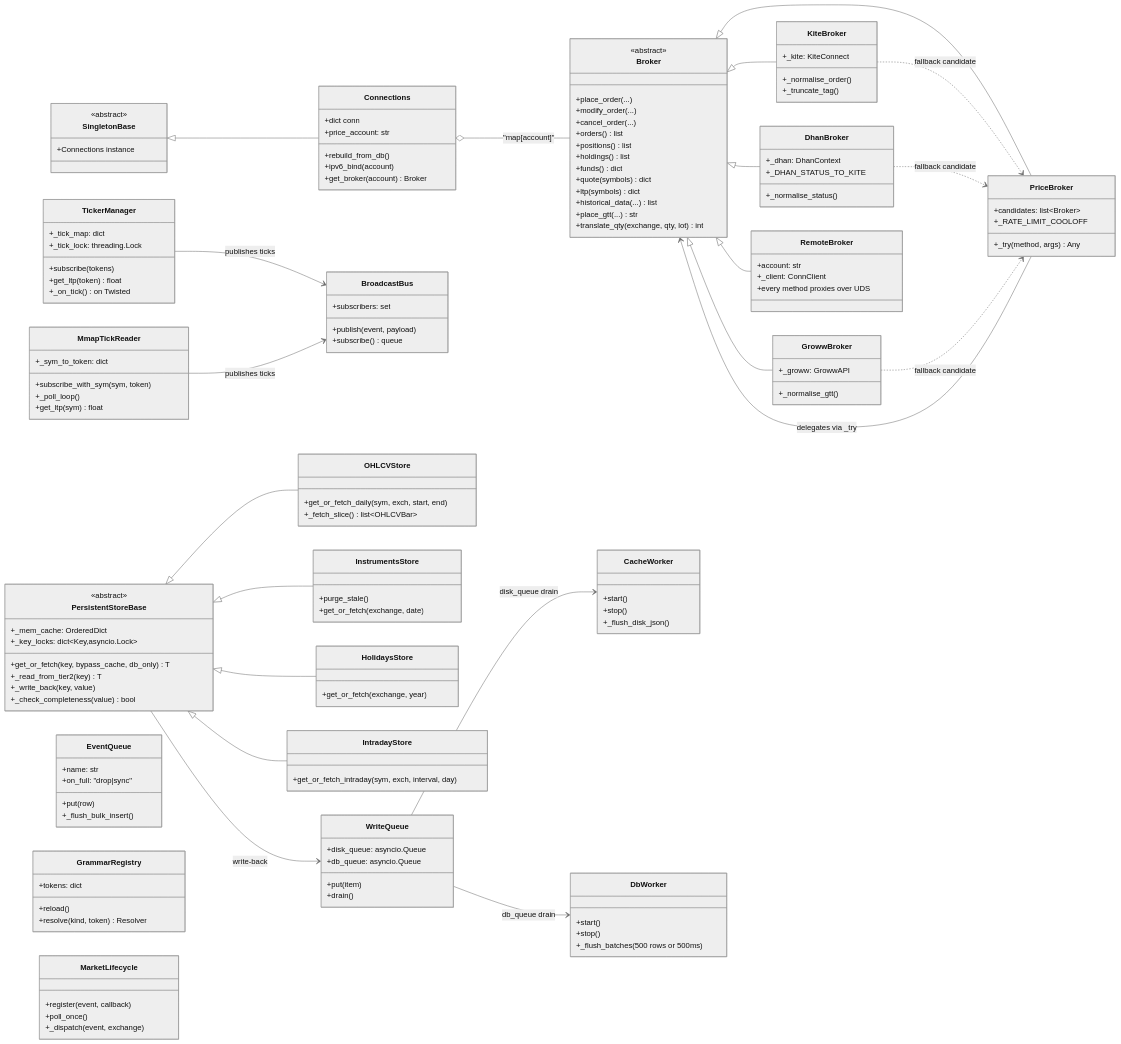
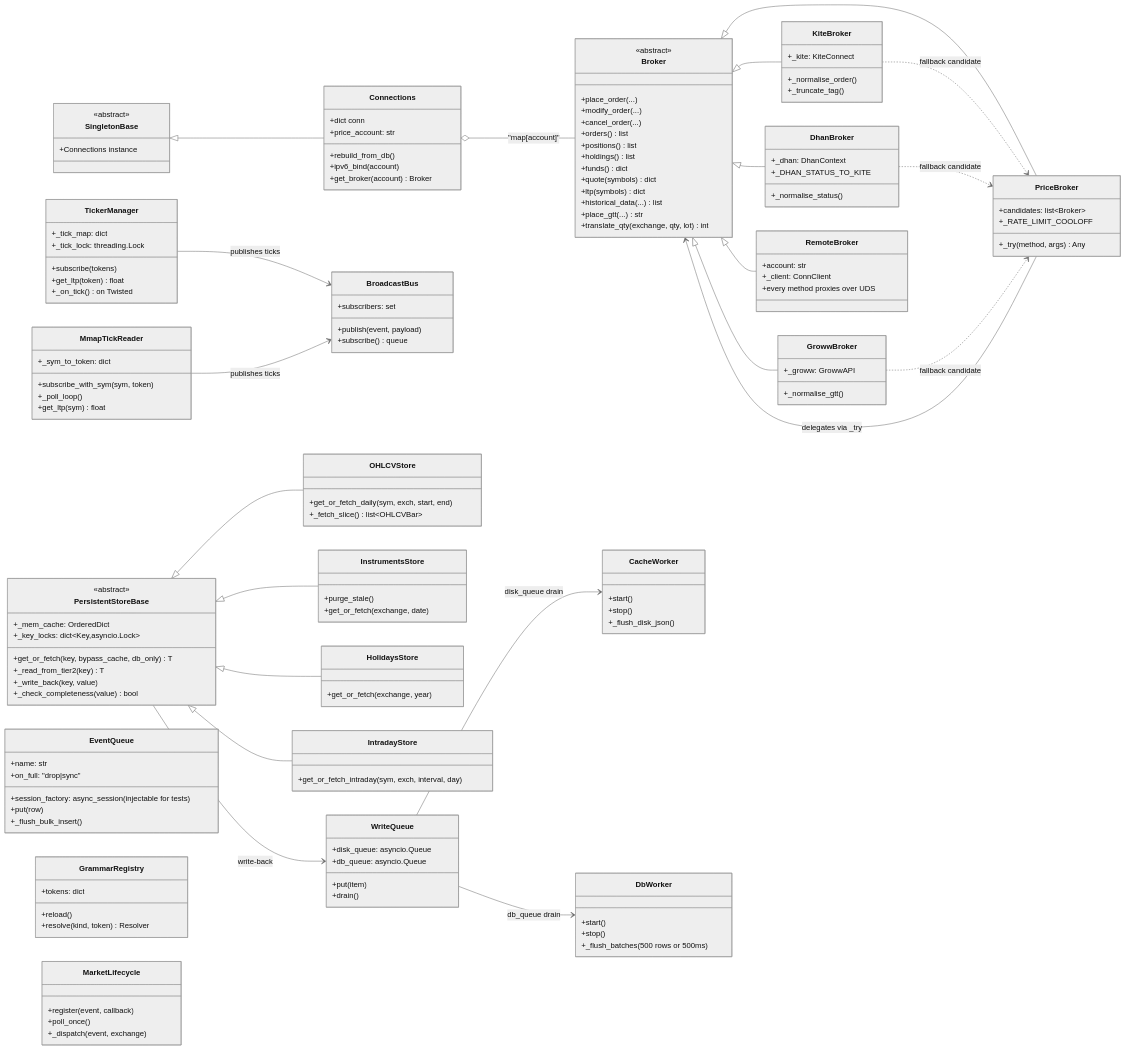
Before and after one commit to RamanaAmbore/algo-trader: the third of 23 diagrams in docs/DESIGN_GUIDE.md, drawn with Mermaid (neutral theme). The commit also changed other lines of this file and 13 other files, not shown here.

```diff
--- a/docs/DESIGN_GUIDE.md
+++ b/docs/DESIGN_GUIDE.md
@@ -781,6 +781,7 @@
     class EventQueue {
         +name: str
         +on_full: "drop|sync"
+        +session_factory: async_session (injectable for tests)
         +put(row)
         +_flush_bulk_insert()
     }
```
